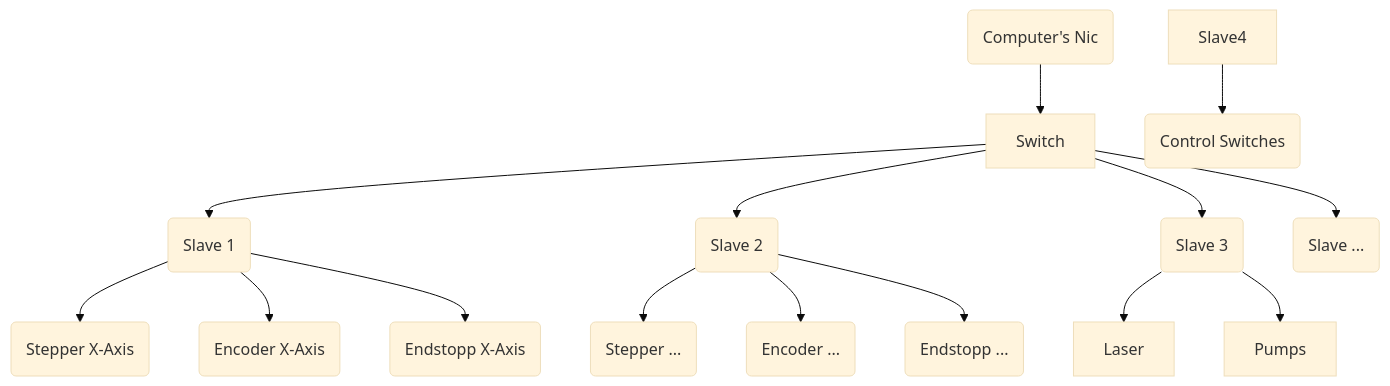
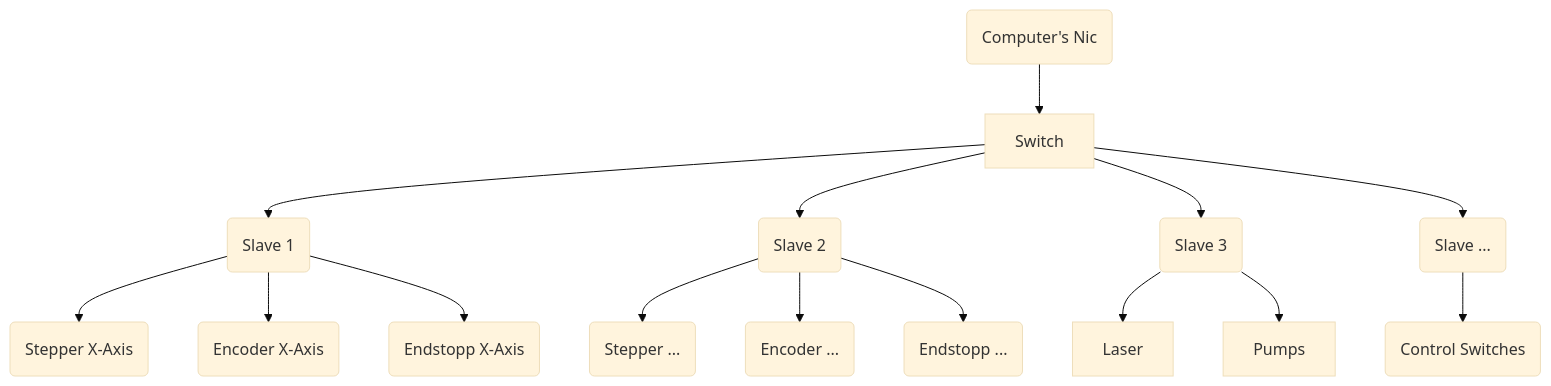
One commit to Gamer08YT/ByteCNC-Slave changed the diagram in README.md. Above: the diagram before and after it, drawn with Mermaid (base theme).

Commit message:
Update slave reference in README
The README.md has been updated to replace a placeholder with a reference to Slave4. This provides better clarity and understanding of the system architecture diagram presented in the README.

````diff
--- a/README.md
+++ b/README.md
@@ -25,17 +25,17 @@
 ```mermaid
 graph TD;
     Computer(Computer's Nic) --> Switch
     Switch --> Slave1(Slave 1)
     Switch --> Slave2(Slave 2)
     Switch --> Slave3(Slave 3)
-    Switch --> Slave...(Slave ...)
+    Switch --> Slave4(Slave ...)
     Slave1 --> StepperX(Stepper X-Axis)
     Slave1 --> EncoderX(Encoder X-Axis)
     Slave1 --> EndstoppX(Endstopp X-Axis)
     Slave2 --> Stepper...(Stepper ...)
     Slave2 --> Encoder...(Encoder ...)
     Slave2 --> Endstopp...(Endstopp ...)
     Slave3 --> Laser
     Slave3 --> Pumps
     Slave4 --> Controls(Control Switches)
 ```
````
